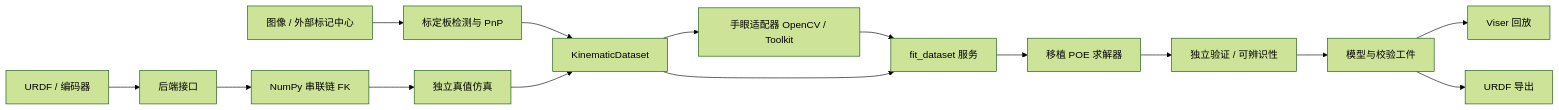
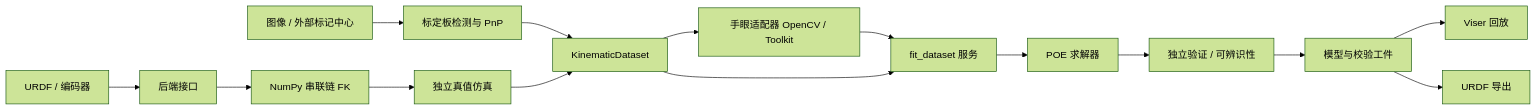
One commit to chase6305/KinematicCalibration changed the diagram in README.md. Above: the diagram before and after it, drawn with Mermaid (forest theme). The commit also changed other lines of this file, not shown here.

````diff
--- a/README.md
+++ b/README.md
@@ -40,17 +39,17 @@
 ```mermaid
 flowchart LR
     U[URDF / 编码器] --> B[后端接口]
     B --> N[NumPy 串联链 FK]
     C[图像 / 外部标记中心] --> D[标定板检测与 PnP]
     D --> DS[KinematicDataset]
     N --> S[独立真值仿真]
     S --> DS
     DS --> H[手眼适配器 OpenCV / Toolkit]
     H --> F[fit_dataset 服务]
     DS --> F
-    F --> K[移植 POE 求解器]
+    F --> K[POE 求解器]
     K --> V[独立验证 / 可辨识性]
     V --> A[模型与校验工件]
     A --> UI[Viser 回放]
     A --> E[URDF 导出]
 ```
````
